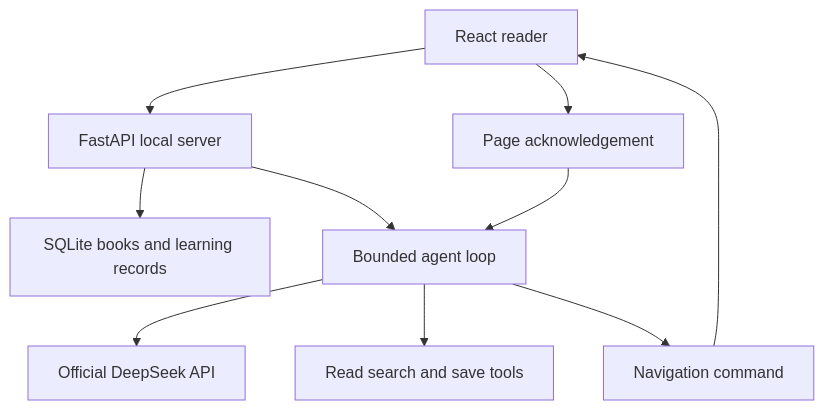
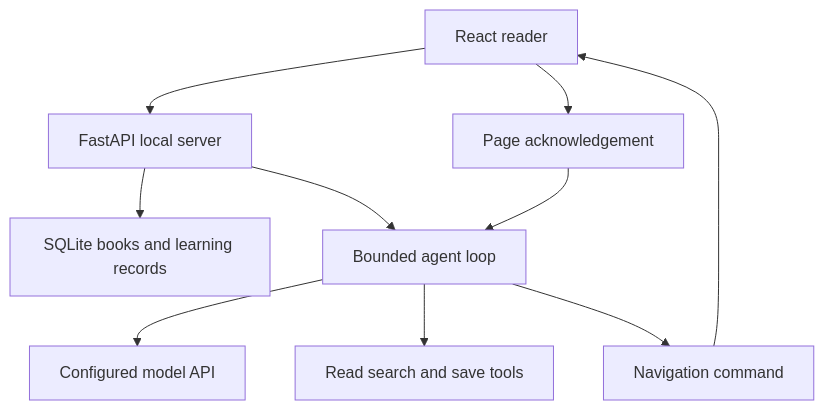
One commit to wanghao-SunSky/MarginRoom changed the diagram in docs/architecture.md. Above: the diagram before and after it, drawn with Mermaid. The commit also changed 18 other files, not shown here.

````diff
--- a/docs/architecture.md
+++ b/docs/architecture.md
@@ -3,12 +3,12 @@
 ```mermaid
 flowchart TD
  R[React reader] --> A[FastAPI local server]
  A --> S[SQLite books and learning records]
  A --> L[Bounded agent loop]
- L --> D[Official DeepSeek API]
+ L --> D[Configured model API]
  L --> T[Read search and save tools]
  L --> N[Navigation command]
  N --> R
  R --> C[Page acknowledgement]
  C --> L
 ```
````
